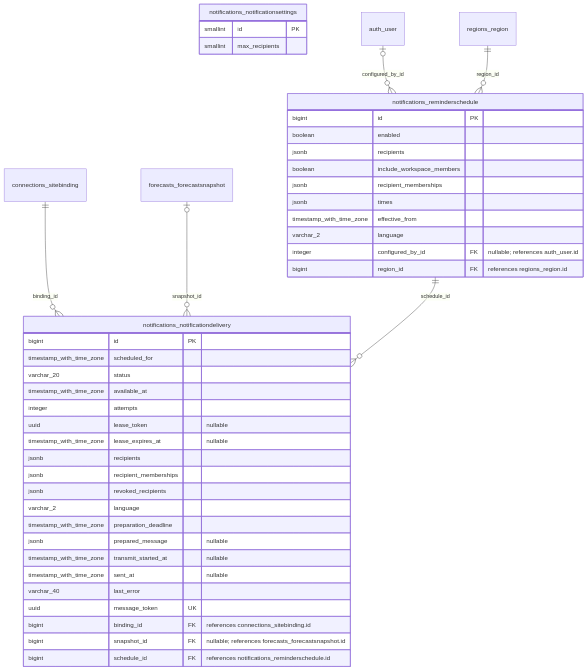
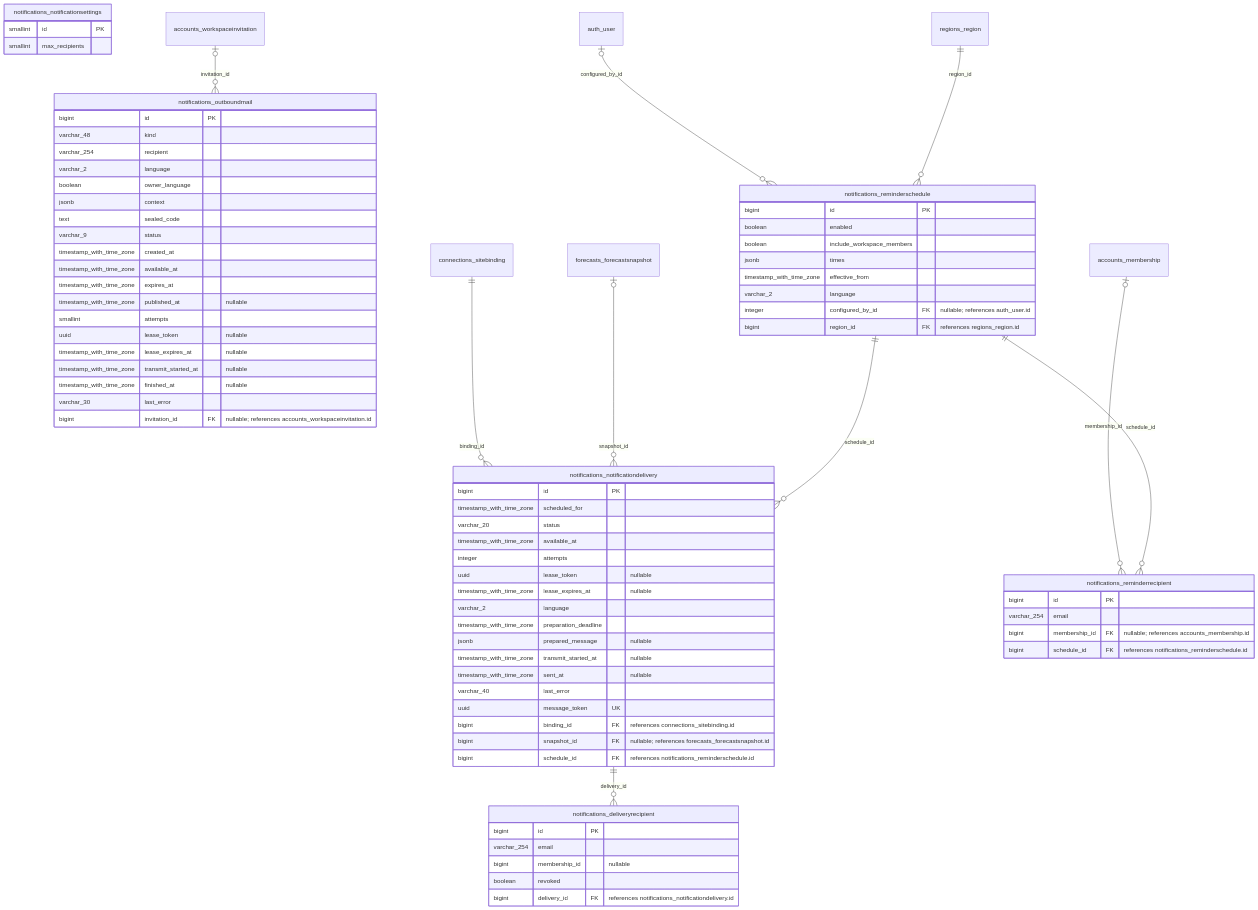
The eighth of 18 diagrams in docs/DATA_MODEL.md (erkurtharun/pyracast), drawn with Mermaid before and after one commit. The commit also changed other lines of this file and 112 other files, not shown here.

First line of the commit message:
Send account and invitation mail from a persisted outbox and store reminder recipients as rows

````diff
--- a/docs/DATA_MODEL.md
+++ b/docs/DATA_MODEL.md
@@ -907,46 +918,79 @@
 ```mermaid
 erDiagram
+    notifications_deliveryrecipient {
+        bigint id PK
+        varchar_254 email
+        bigint membership_id "nullable"
+        boolean revoked
+        bigint delivery_id FK "references notifications_notificationdelivery.id"
+    }
     notifications_notificationdelivery {
         bigint id PK
         timestamp_with_time_zone scheduled_for
         varchar_20 status
         timestamp_with_time_zone available_at
         integer attempts
         uuid lease_token "nullable"
         timestamp_with_time_zone lease_expires_at "nullable"
-        jsonb recipients
-        jsonb recipient_memberships
-        jsonb revoked_recipients
         varchar_2 language
         timestamp_with_time_zone preparation_deadline
         jsonb prepared_message "nullable"
         timestamp_with_time_zone transmit_started_at "nullable"
         timestamp_with_time_zone sent_at "nullable"
         varchar_40 last_error
         uuid message_token UK
         bigint binding_id FK "references connections_sitebinding.id"
         bigint snapshot_id FK "nullable; references forecasts_forecastsnapshot.id"
         bigint schedule_id FK "references notifications_reminderschedule.id"
     }
     notifications_notificationsettings {
         smallint id PK
         smallint max_recipients
     }
+    notifications_outboundmail {
+        bigint id PK
+        varchar_48 kind
+        varchar_254 recipient
+        varchar_2 language
+        boolean owner_language
+        jsonb context
+        text sealed_code
+        varchar_9 status
+        timestamp_with_time_zone created_at
+        timestamp_with_time_zone available_at
+        timestamp_with_time_zone expires_at
+        timestamp_with_time_zone published_at "nullable"
+        smallint attempts
+        uuid lease_token "nullable"
+        timestamp_with_time_zone lease_expires_at "nullable"
+        timestamp_with_time_zone transmit_started_at "nullable"
+        timestamp_with_time_zone finished_at "nullable"
+        varchar_30 last_error
+        bigint invitation_id FK "nullable; references accounts_workspaceinvitation.id"
+    }
+    notifications_reminderrecipient {
+        bigint id PK
+        varchar_254 email
+        bigint membership_id FK "nullable; references accounts_membership.id"
+        bigint schedule_id FK "references notifications_reminderschedule.id"
+    }
     notifications_reminderschedule {
         bigint id PK
         boolean enabled
-        jsonb recipients
         boolean include_workspace_members
-        jsonb recipient_memberships
         jsonb times
         timestamp_with_time_zone effective_from
         varchar_2 language
         integer configured_by_id FK "nullable; references auth_user.id"
         bigint region_id FK "references regions_region.id"
     }
+    notifications_notificationdelivery ||--o{ notifications_deliveryrecipient : "delivery_id"
     connections_sitebinding ||--o{ notifications_notificationdelivery : "binding_id"
     forecasts_forecastsnapshot |o--o{ notifications_notificationdelivery : "snapshot_id"
     notifications_reminderschedule ||--o{ notifications_notificationdelivery : "schedule_id"
+    accounts_workspaceinvitation |o--o{ notifications_outboundmail : "invitation_id"
+    accounts_membership |o--o{ notifications_reminderrecipient : "membership_id"
+    notifications_reminderschedule ||--o{ notifications_reminderrecipient : "schedule_id"
     auth_user |o--o{ notifications_reminderschedule : "configured_by_id"
     regions_region ||--o{ notifications_reminderschedule : "region_id"
 ```
````
